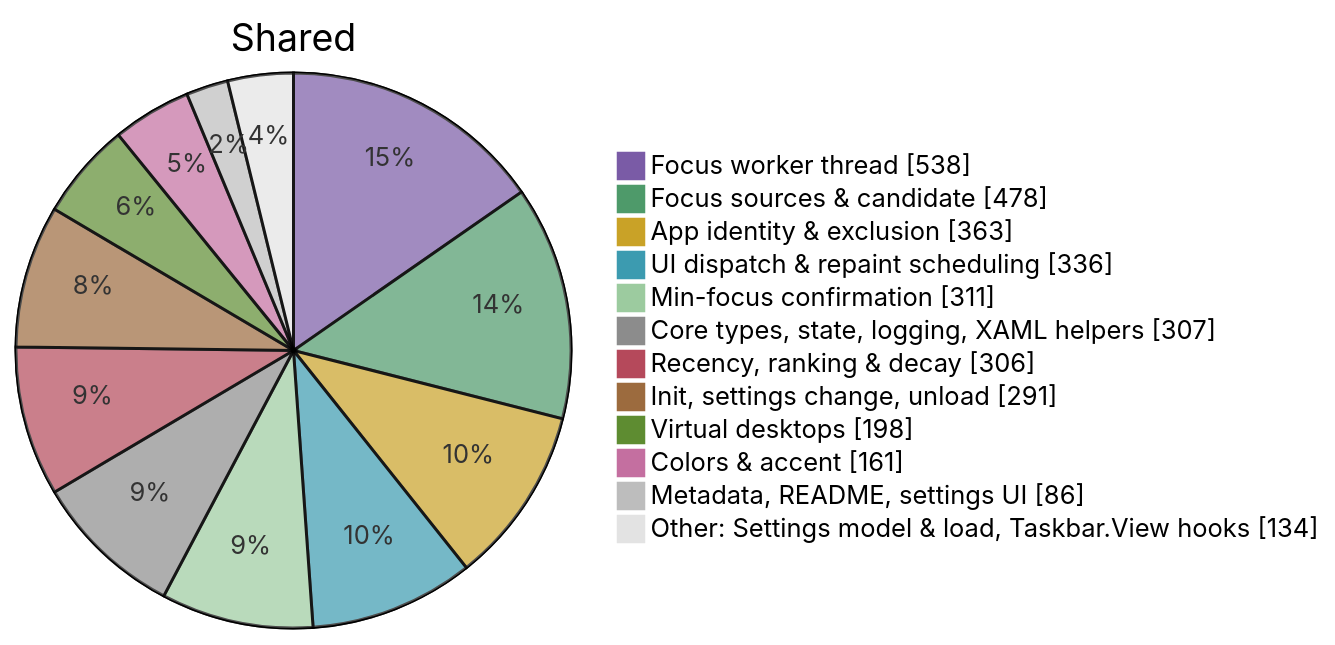
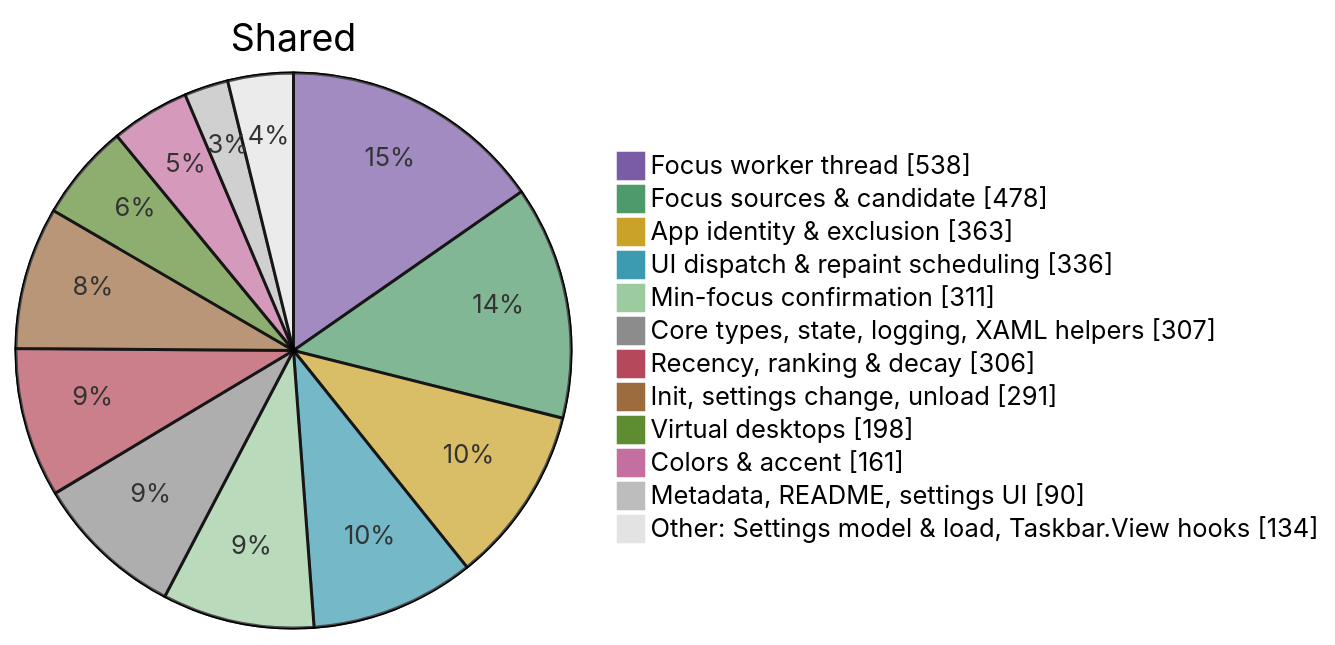
The fourth of 5 diagrams in doc/code/code-breakdown.md (jvlasek/taskbar-recent-focus-highlight), drawn with Mermaid before and after one commit. The commit also changed other lines of this file and 3 other files, not shown here.

````diff
--- a/doc/code/code-breakdown.md
+++ b/doc/code/code-breakdown.md
@@ -134,16 +134,16 @@
 ```mermaid
 %%{init: {"themeVariables": {"pie1": "#7A5BA6", "pie2": "#4E9A6A", "pie3": "#C9A227", "pie4": "#3C9BB0", "pie5": "#9CCB9F", "pie6": "#8C8C8C", "pie7": "#B5495B", "pie8": "#9C6B3E", "pie9": "#5E8C31", "pie10": "#C46FA0", "pie11": "#BDBDBD", "pie12": "#E3E3E3", "pieOuterStrokeWidth": "1px"}}}%%
 pie showData title Shared
     "Focus worker thread" : 538
     "Focus sources & candidate" : 478
     "App identity & exclusion" : 363
     "UI dispatch & repaint scheduling" : 336
     "Min-focus confirmation" : 311
     "Core types, state, logging, XAML helpers" : 307
     "Recency, ranking & decay" : 306
     "Init, settings change, unload" : 291
     "Virtual desktops" : 198
     "Colors & accent" : 161
-    "Metadata, README, settings UI" : 86
+    "Metadata, README, settings UI" : 90
     "Other: Settings model & load, Taskbar.View hooks" : 134
 ```
````
